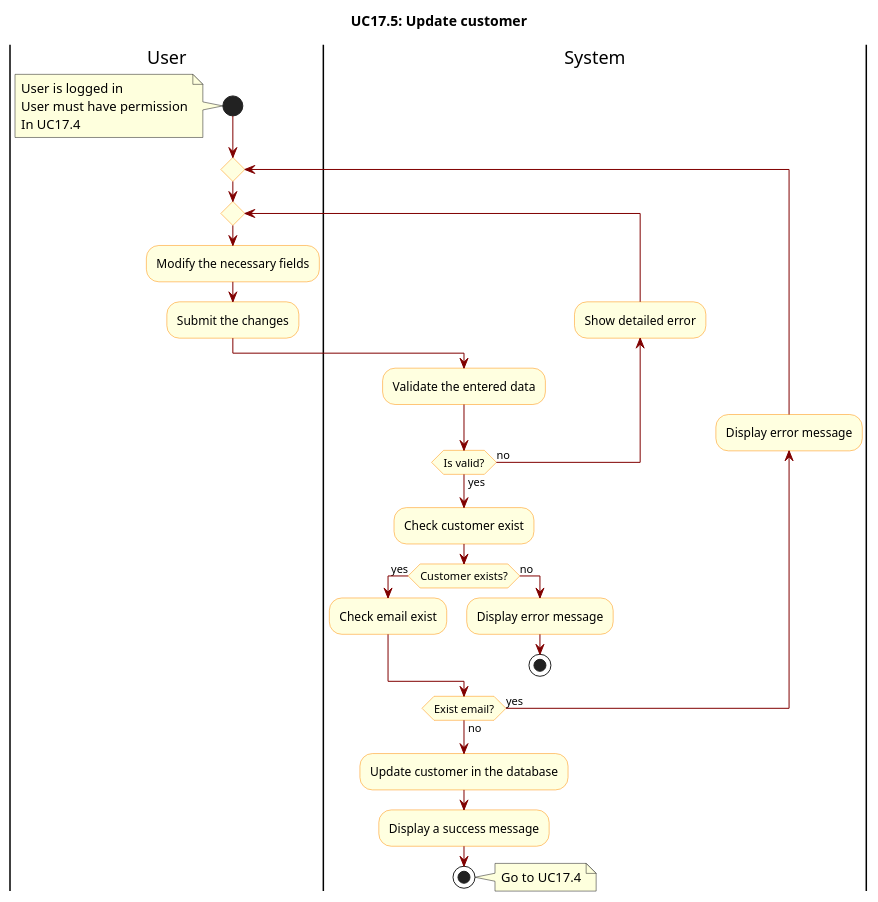
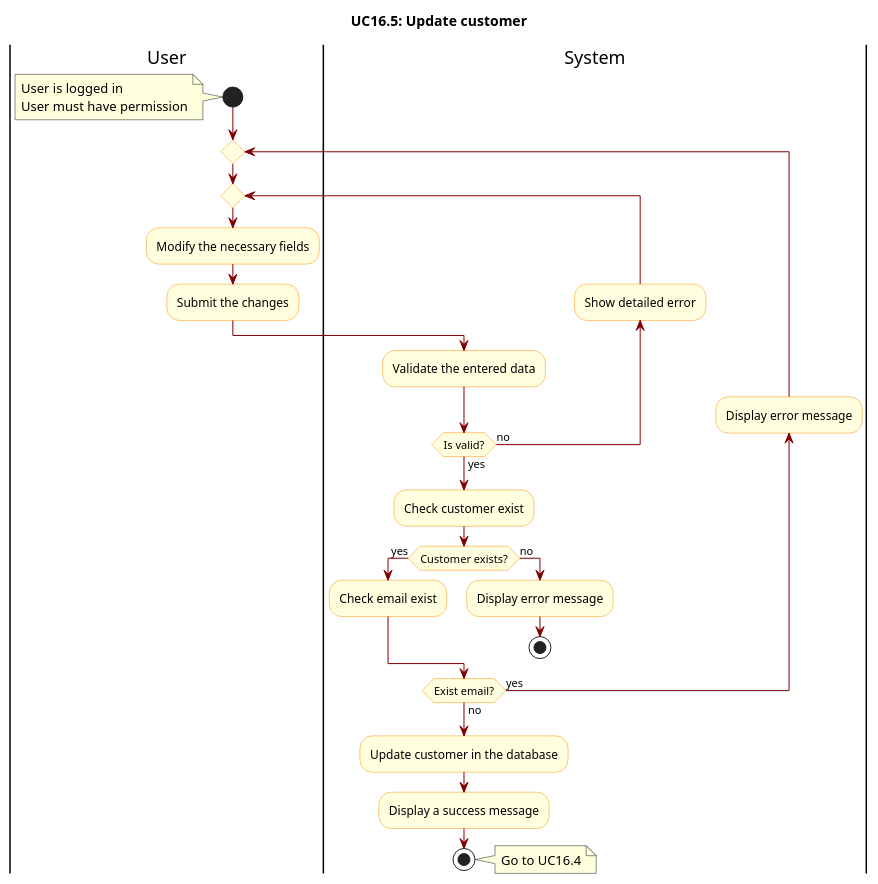
The diagram in docs/activity diagram/UC18.5-UpdateCustomer.wsd (hiusnguyen201/BE_ClothingShop), drawn with PlantUML before and after one commit. The commit also changed 90 other files, not shown here.

```diff
--- a/docs/activity diagram/UC18.5-UpdateCustomer.wsd
+++ b/docs/activity diagram/UC18.5-UpdateCustomer.wsd
@@ -1,47 +1,46 @@
 @startuml
 
 skinparam ActivityBackgroundColor LightYellow
 skinparam ActivityBorderColor DarkOrange
 skinparam ArrowColor Maroon
 
-title UC17.5: Update customer
+title UC16.5: Update customer
 
 |User|
 start
 note left
     User is logged in  
     User must have permission
-    In UC17.4
 end note
 
 repeat 
     repeat 
         |User|
         :Modify the necessary fields;
         :Submit the changes;
 
         |System|
         :Validate the entered data;
 
         backward :Show detailed error;
     repeat while(Is valid?) is(no) not(yes)
 
     :Check customer exist;
     if(Customer exists?) then(yes)
         :Check email exist;
     else(no)
         :Display error message;
         stop
     endif
 
     backward :Display error message;
 repeat while(Exist email?) is(yes) not(no)
 
 :Update customer in the database;
 :Display a success message;
 stop
 note right
-    Go to UC17.4
+    Go to UC16.4
 end note
 
 @enduml
```
